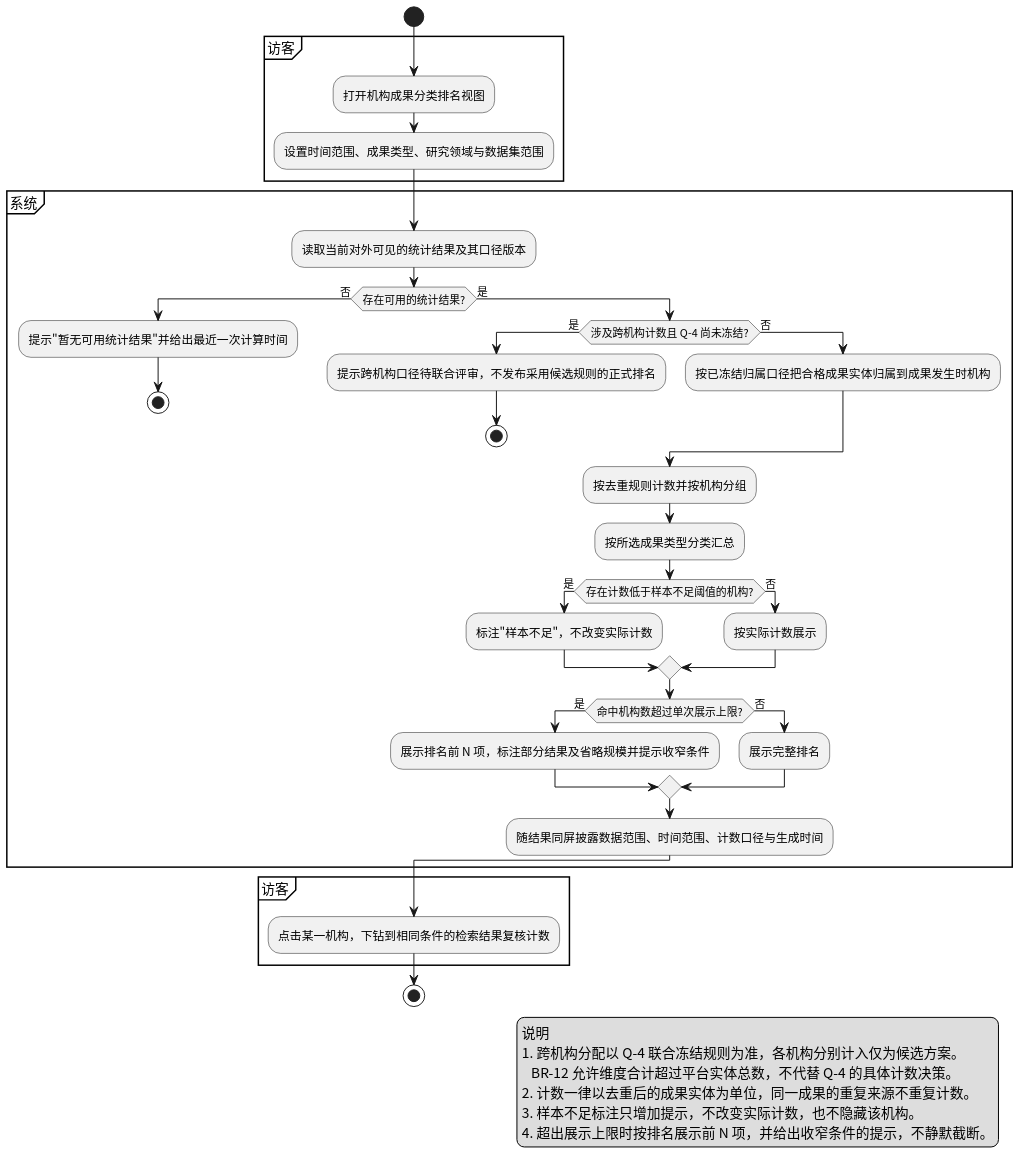
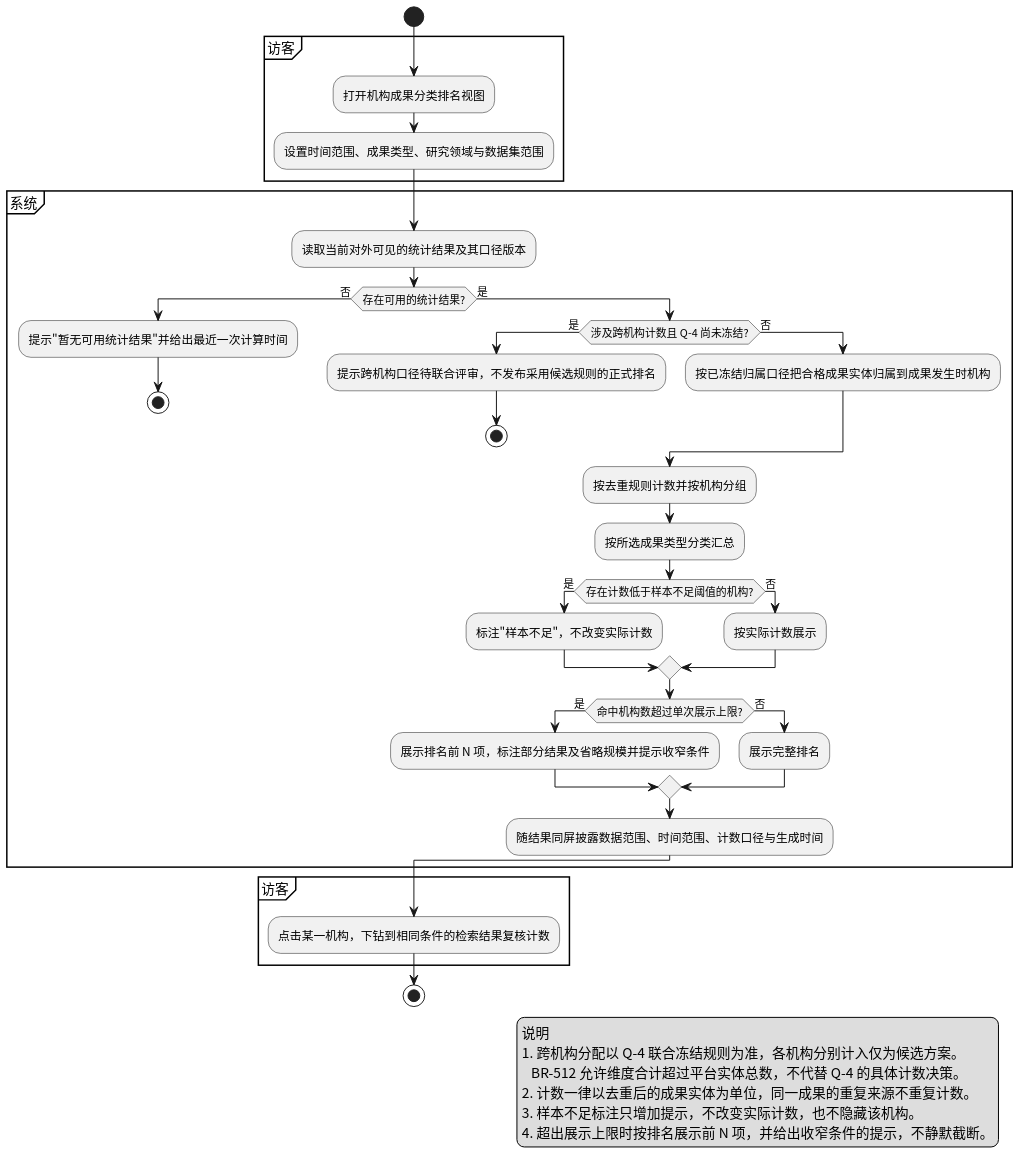
Before and after one commit to CognitaNexus/CognitaNexus: the diagram in docs/uml/analytics/DGM-ACTIVITY-04-institution-ranking.puml, drawn with PlantUML. The commit also changed 63 other files, not shown here.

Commit message:
docs(srs): save integrated SRS SPEC and UML artifacts

```diff
--- a/docs/uml/analytics/DGM-ACTIVITY-04-institution-ranking.puml
+++ b/docs/uml/analytics/DGM-ACTIVITY-04-institution-ranking.puml
@@ -1,70 +1,70 @@
 @startuml
 ' =====================================================================
 ' DGM-ACTIVITY-04  机构成果分类排名生成活动图
 ' 对应需求：FR11-S05（机构成果分类排名）、FR11-S08（归属口径与跨机构计数）
 '           辅助：FR11-S07（去重计数）、FR11-S10（样本不足与展示规模保护）
-' 一致性：机构归属口径与 BR-12／BR-13 一致；去重规则与 BR-11／BR-16 一致；
+' 一致性：机构归属口径与 BR-512／BR-513 一致；去重规则与 BR-511／BR-516 一致；
 '         与 DGM-ACTIVITY-02（统计指标生成与口径披露）共用同一条结果披露要求
 ' =====================================================================
 skinparam monochrome true
 skinparam shadowing false
 skinparam defaultFontName "Noto Sans CJK SC"
 skinparam usecaseFontStyle normal
 skinparam actorFontStyle normal
 skinparam rectangleFontStyle normal
 skinparam packageFontStyle normal
 skinparam componentFontStyle normal
 skinparam ArrowFontStyle normal
 skinparam legendFontStyle normal
 skinparam stateFontStyle normal
 skinparam activityFontStyle normal
 skinparam activityDiamondFontStyle normal
 skinparam noteFontStyle normal
 skinparam dpi 150
 
 start
 partition "访客" {
   :打开机构成果分类排名视图;
   :设置时间范围、成果类型、研究领域与数据集范围;
 }
 partition "系统" {
   :读取当前对外可见的统计结果及其口径版本;
   if (存在可用的统计结果?) then (否)
     :提示"暂无可用统计结果"并给出最近一次计算时间;
     stop
   else (是)
     if (涉及跨机构计数且 Q-4 尚未冻结?) then (是)
       :提示跨机构口径待联合评审，不发布采用候选规则的正式排名;
       stop
     else (否)
       :按已冻结归属口径把合格成果实体归属到成果发生时机构;
     endif
     :按去重规则计数并按机构分组;
     :按所选成果类型分类汇总;
     if (存在计数低于样本不足阈值的机构?) then (是)
       :标注"样本不足"，不改变实际计数;
     else (否)
       :按实际计数展示;
     endif
     if (命中机构数超过单次展示上限?) then (是)
       :展示排名前 N 项，标注部分结果及省略规模并提示收窄条件;
     else (否)
       :展示完整排名;
     endif
     :随结果同屏披露数据范围、时间范围、计数口径与生成时间;
   endif
 }
 partition "访客" {
   :点击某一机构，下钻到相同条件的检索结果复核计数;
 }
 stop
 
 legend right
   说明
   1. 跨机构分配以 Q-4 联合冻结规则为准，各机构分别计入仅为候选方案。
-     BR-12 允许维度合计超过平台实体总数，不代替 Q-4 的具体计数决策。
+     BR-512 允许维度合计超过平台实体总数，不代替 Q-4 的具体计数决策。
   2. 计数一律以去重后的成果实体为单位，同一成果的重复来源不重复计数。
   3. 样本不足标注只增加提示，不改变实际计数，也不隐藏该机构。
   4. 超出展示上限时按排名展示前 N 项，并给出收窄条件的提示，不静默截断。
 endlegend
 @enduml
```
